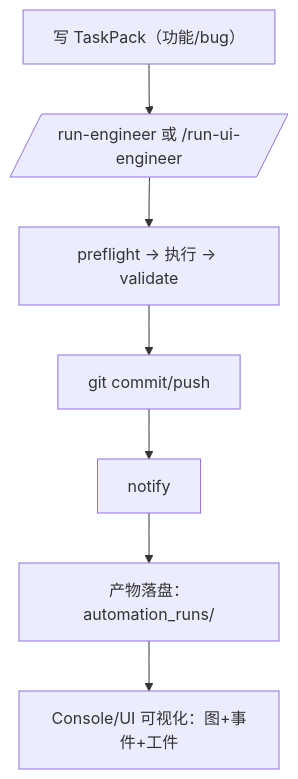
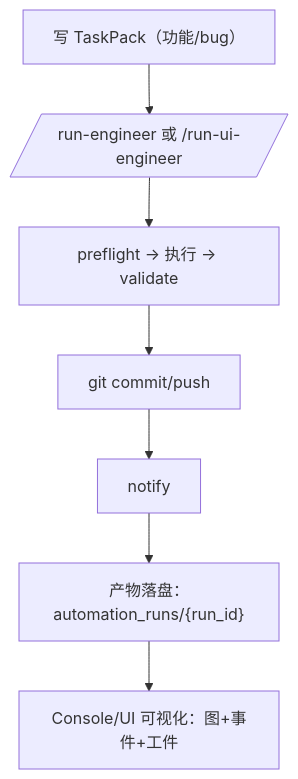
The fifth of 6 diagrams in workflows/reusable/pipeline-sys/WORKFLOW-OVERVIEW.md (angelash/Footnote), drawn with Mermaid before and after one commit. The commit also changed other lines of this file and 1 other file, not shown here.

Commit message:
docs(pipeline-sys): refine mermaid flowcharts in README and WORKFLOW-OVERVIEW for improved clarity and consistency

````diff
--- a/workflows/reusable/pipeline-sys/WORKFLOW-OVERVIEW.md
+++ b/workflows/reusable/pipeline-sys/WORKFLOW-OVERVIEW.md
@@ -164,9 +164,9 @@
 ```mermaid
 flowchart TB
     A[写 TaskPack（功能/bug）] --> B[/run-engineer 或 /run-ui-engineer/]
     B --> C[preflight -> 执行 -> validate]
     C --> D[git commit/push]
     D --> E[notify]
-    E --> F[产物落盘：automation_runs/<run_id>]
+    E --> F["产物落盘：automation_runs/{run_id}"]
     F --> G[Console/UI 可视化：图+事件+工件]
 ```
````
